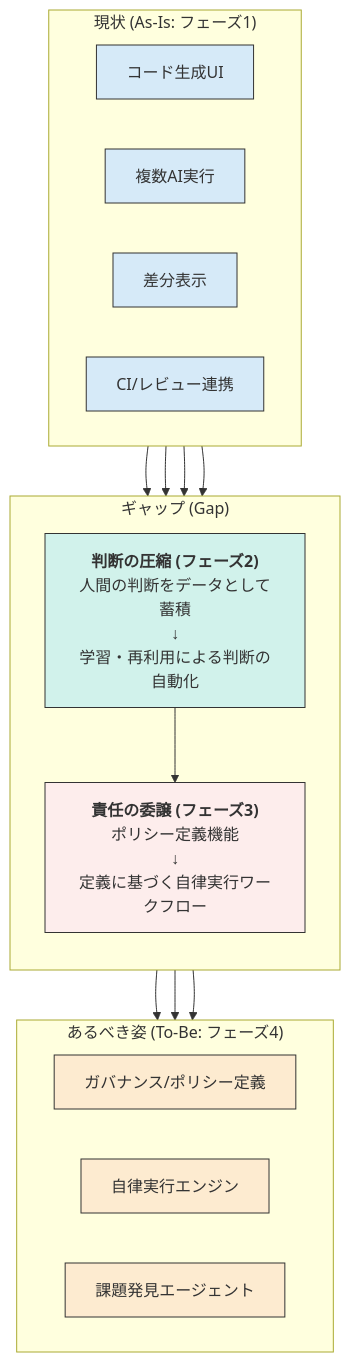
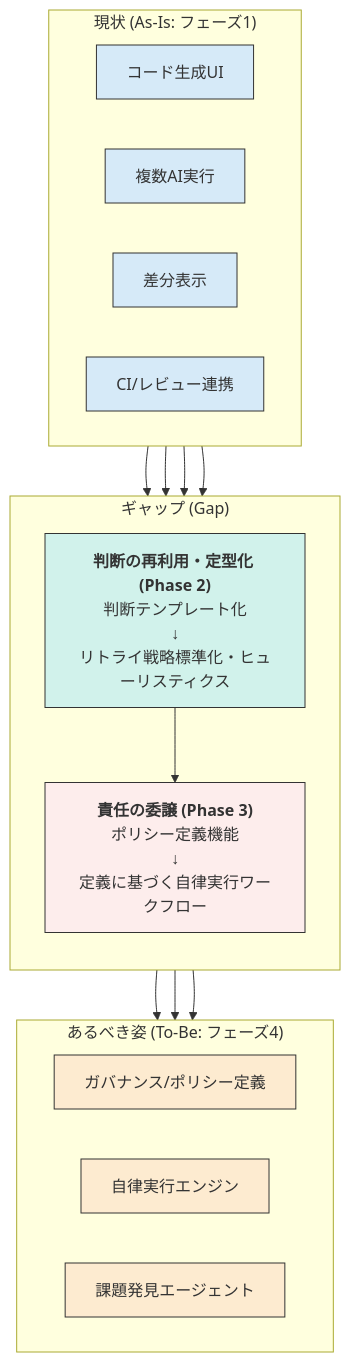
The second of 2 diagrams in docs/zloth_gen2.md (hampen2929/zloth), drawn with Mermaid before and after one commit. The commit also changed other lines of this file and 2 other files, not shown here.

````diff
--- a/docs/zloth_gen2.md
+++ b/docs/zloth_gen2.md
@@ -69,35 +76,35 @@
 ```mermaid
 graph TD
     subgraph "現状 (As-Is: フェーズ1)"
         direction LR
         A1[コード生成UI]
         A2[複数AI実行]
         A3[差分表示]
         A4[CI/レビュー連携]
     end
 
     subgraph "ギャップ (Gap)"
         direction TB
-        B1["<b>判断の圧縮 (フェーズ2)</b><br>人間の判断をデータとして蓄積<br>↓<br>学習・再利用による判断の自動化"]
-        B2["<b>責任の委譲 (フェーズ3)</b><br>ポリシー定義機能<br>↓<br>定義に基づく自律実行ワークフロー"]
+        B1["<b>判断の再利用・定型化 (Phase 2)</b><br>判断テンプレート化<br>↓<br>リトライ戦略標準化・ヒューリスティクス"]
+        B2["<b>責任の委譲 (Phase 3)</b><br>ポリシー定義機能<br>↓<br>定義に基づく自律実行ワークフロー"]
     end
 
     subgraph "あるべき姿 (To-Be: フェーズ4)"
         direction LR
         C1[ガバナンス/ポリシー定義]
         C2[自律実行エンジン]
         C3[課題発見エージェント]
     end
 
     A1 & A2 & A3 & A4 --> B1 --> B2 --> C1 & C2 & C3
 
     style A1 fill:#D6EAF8,stroke:#333
     style A2 fill:#D6EAF8,stroke:#333
     style A3 fill:#D6EAF8,stroke:#333
     style A4 fill:#D6EAF8,stroke:#333
     style B1 fill:#D1F2EB,stroke:#333
     style B2 fill:#FDEDEC,stroke:#333
     style C1 fill:#FDEBD0,stroke:#333
     style C2 fill:#FDEBD0,stroke:#333
     style C3 fill:#FDEBD0,stroke:#333
 ```
````
